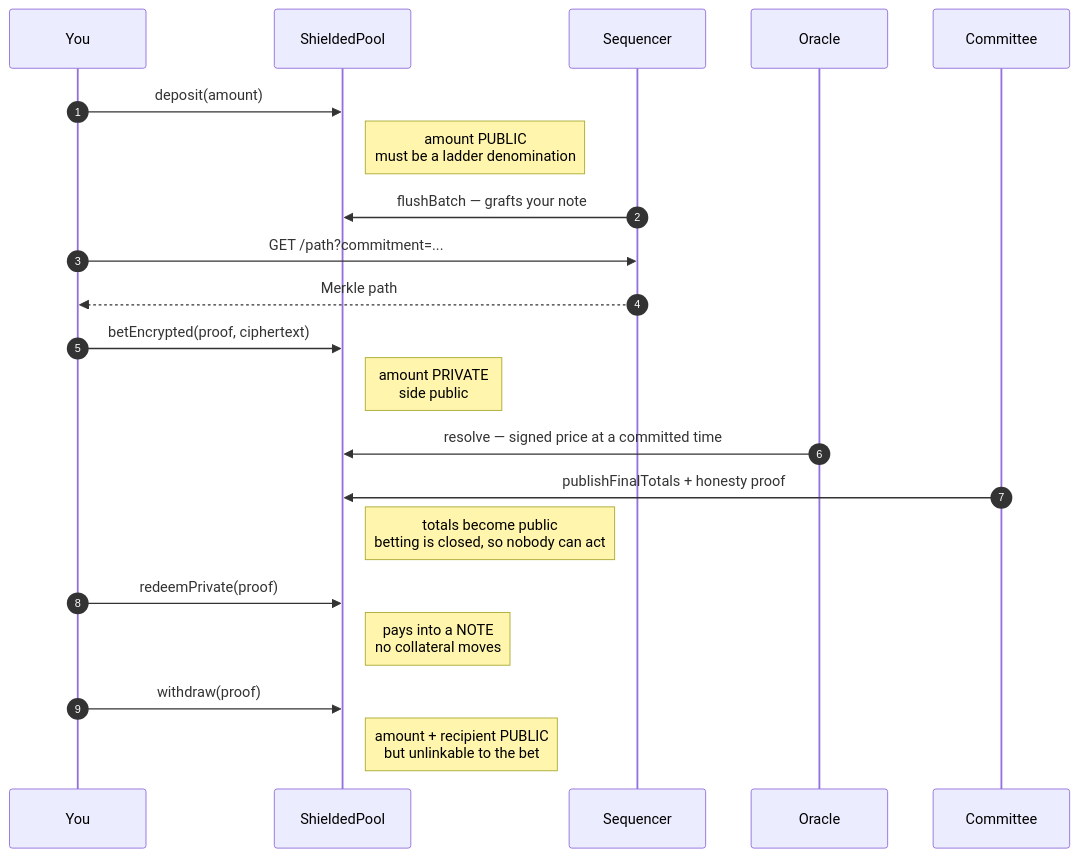
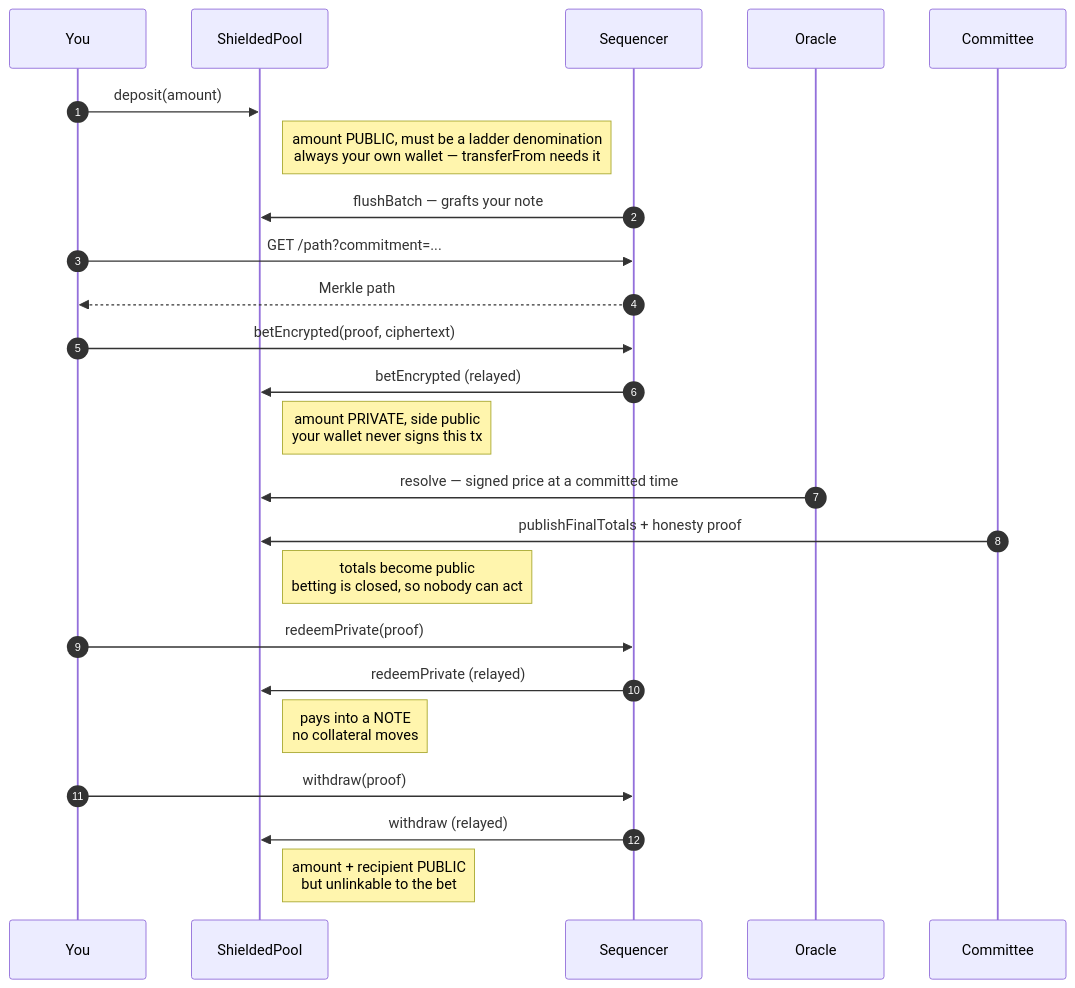
The second of 2 diagrams in concepts/architecture.mdx (atrummarkets/atrum-docs), drawn with Mermaid before and after one commit. The commit also changed other lines of this file and 8 other files, not shown here.

````diff
--- a/concepts/architecture.mdx
+++ b/concepts/architecture.mdx
@@ -85,27 +105,30 @@
 ```mermaid
 sequenceDiagram
   autonumber
   participant U as You
   participant P as ShieldedPool
   participant S as Sequencer
   participant O as Oracle
   participant C as Committee
 
   U->>P: deposit(amount)
-  Note right of P: amount PUBLIC<br/>must be a ladder denomination
+  Note right of P: amount PUBLIC, must be a ladder denomination<br/>always your own wallet — transferFrom needs it
   S->>P: flushBatch — grafts your note
 
   U->>S: GET /path?commitment=...
   S-->>U: Merkle path
-  U->>P: betEncrypted(proof, ciphertext)
-  Note right of P: amount PRIVATE<br/>side public
+  U->>S: betEncrypted(proof, ciphertext)
+  S->>P: betEncrypted (relayed)
+  Note right of P: amount PRIVATE, side public<br/>your wallet never signs this tx
 
   O->>P: resolve — signed price at a committed time
   C->>P: publishFinalTotals + honesty proof
   Note right of P: totals become public<br/>betting is closed, so nobody can act
 
-  U->>P: redeemPrivate(proof)
+  U->>S: redeemPrivate(proof)
+  S->>P: redeemPrivate (relayed)
   Note right of P: pays into a NOTE<br/>no collateral moves
-  U->>P: withdraw(proof)
+  U->>S: withdraw(proof)
+  S->>P: withdraw (relayed)
   Note right of P: amount + recipient PUBLIC<br/>but unlinkable to the bet
 ```
````
